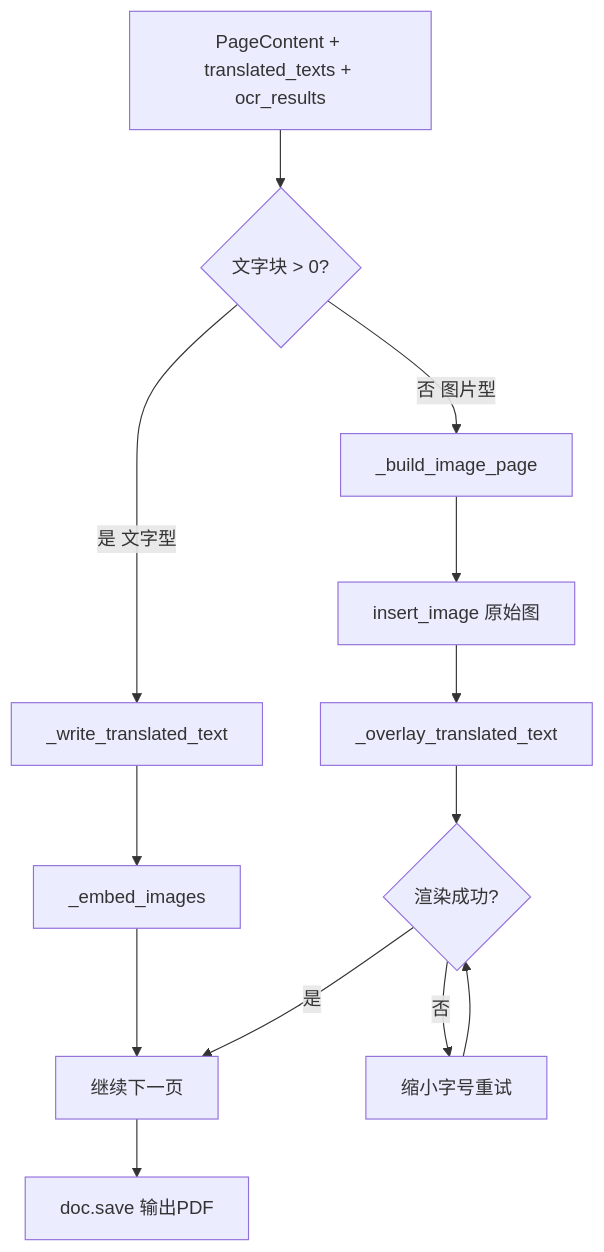
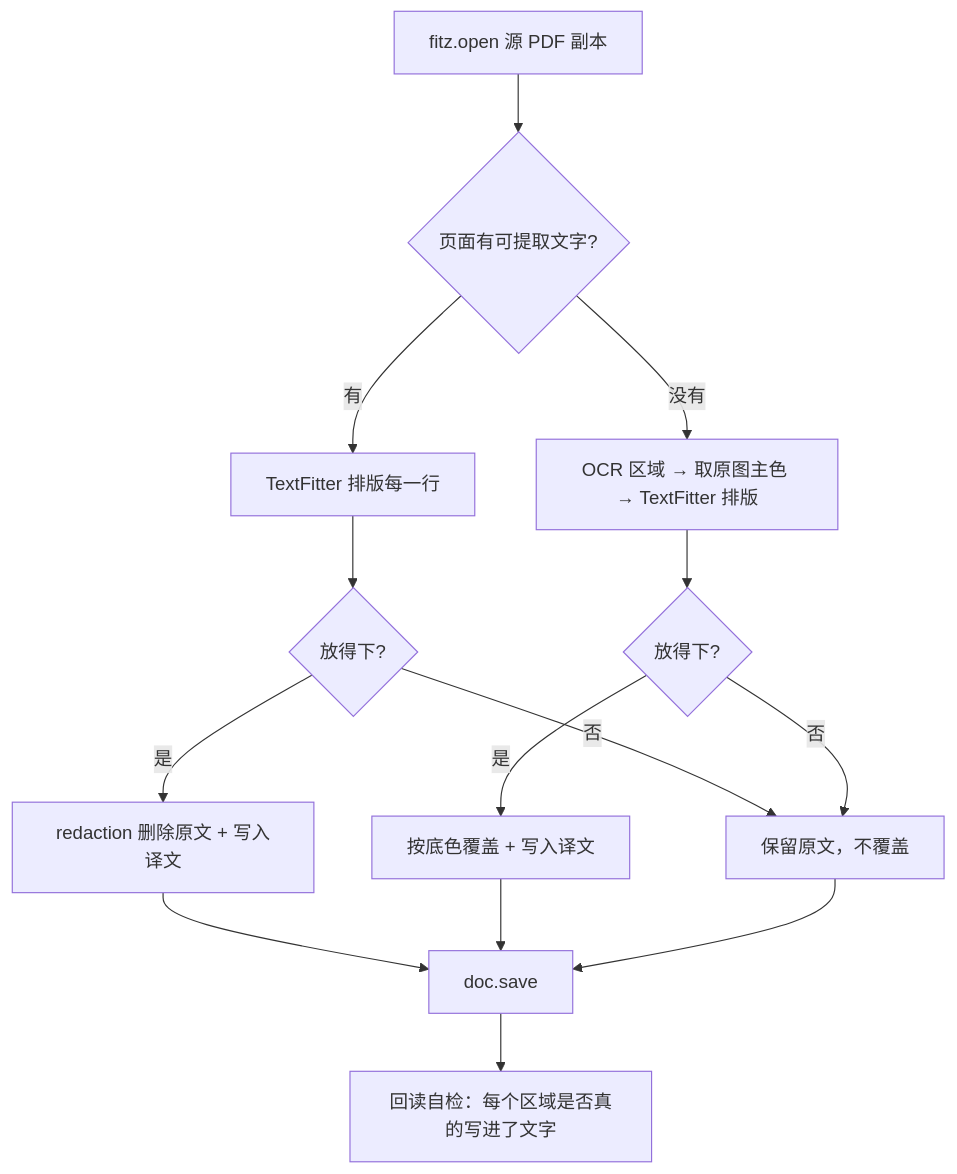
The fourth of 6 diagrams in docs/ARCHITECTURE.md (Amilmaho/ja2zh_pdf_translator), drawn with Mermaid before and after one commit. The commit also changed other lines of this file and 27 other files, not shown here.

First line of the commit message:
重构：修复 OCR/翻译不可用与译图空白，并解决排版与日文残留

````diff
--- a/docs/ARCHITECTURE.md
+++ b/docs/ARCHITECTURE.md
@@ -184,15 +196,16 @@
 ```mermaid
 flowchart TD
-    A[PageContent + translated_texts + ocr_results] --> B{文字块 > 0?}
-    B -->|是 文字型| C[_write_translated_text]
-    B -->|否 图片型| D[_build_image_page]
-    C --> E[_embed_images]
-    D --> F[insert_image 原始图]
-    F --> G[_overlay_translated_text]
-    G --> H{渲染成功?}
-    H -->|是| I[继续下一页]
-    H -->|否| J[缩小字号重试]
-    J --> H
-    E --> I
-    I --> K[doc.save 输出PDF]
+    A[fitz.open 源 PDF 副本] --> B{页面有可提取文字?}
+    B -->|有| C[TextFitter 排版每一行]
+    B -->|没有| D[OCR 区域 → 取原图主色 → TextFitter 排版]
+    C --> E{放得下?}
+    D --> F{放得下?}
+    E -->|是| G[redaction 删除原文 + 写入译文]
+    E -->|否| H[保留原文，不覆盖]
+    F -->|是| I[按底色覆盖 + 写入译文]
+    F -->|否| H
+    G --> J[doc.save]
+    I --> J
+    H --> J
+    J --> K[回读自检：每个区域是否真的写进了文字]
 ```
````
